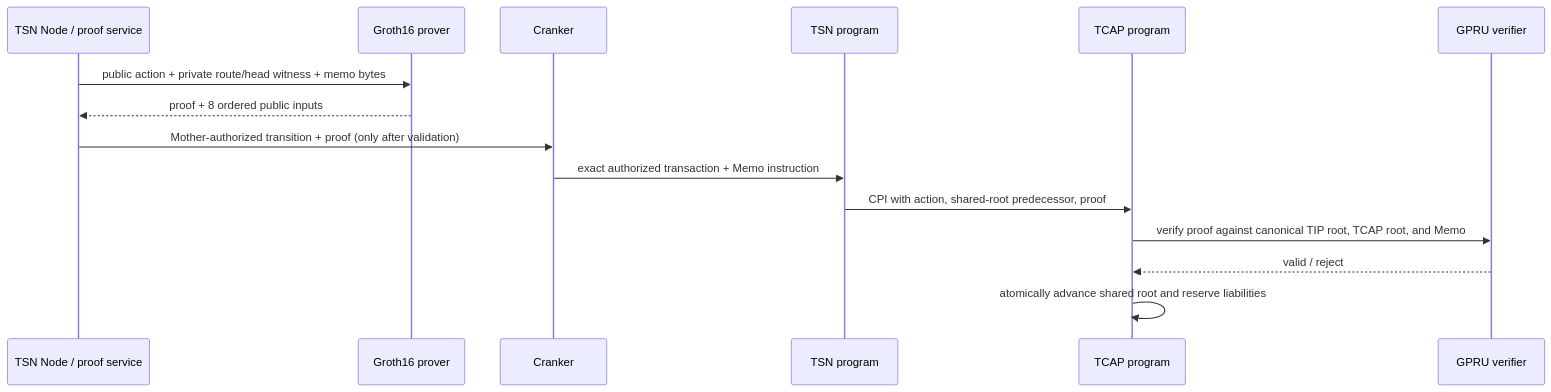
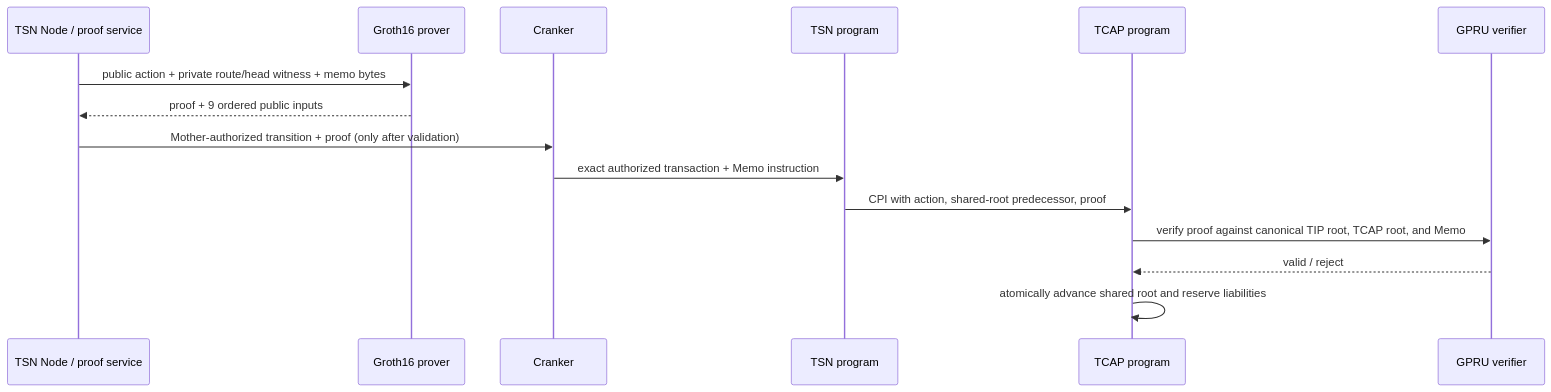
Before and after one commit to bigdreamsweb3/trustlink-pay: the diagram in docs/GROTH16-PROVER-AND-KEY-ARTIFACTS.md, drawn with Mermaid. The commit also changed other lines of this file and 69 other files, not shown here.

````diff
--- a/docs/GROTH16-PROVER-AND-KEY-ARTIFACTS.md
+++ b/docs/GROTH16-PROVER-AND-KEY-ARTIFACTS.md
@@ -95,17 +96,17 @@
 ```mermaid
 sequenceDiagram
     participant N as TSN Node / proof service
     participant P as Groth16 prover
     participant C as Cranker
     participant S as TSN program
     participant T as TCAP program
     participant G as GPRU verifier
     N->>P: public action + private route/head witness + memo bytes
-    P-->>N: proof + 8 ordered public inputs
+    P-->>N: proof + 9 ordered public inputs
     N->>C: Mother-authorized transition + proof (only after validation)
     C->>S: exact authorized transaction + Memo instruction
     S->>T: CPI with action, shared-root predecessor, proof
     T->>G: verify proof against canonical TIP root, TCAP root, and Memo
     G-->>T: valid / reject
     T->>T: atomically advance shared root and reserve liabilities
 ```
````
